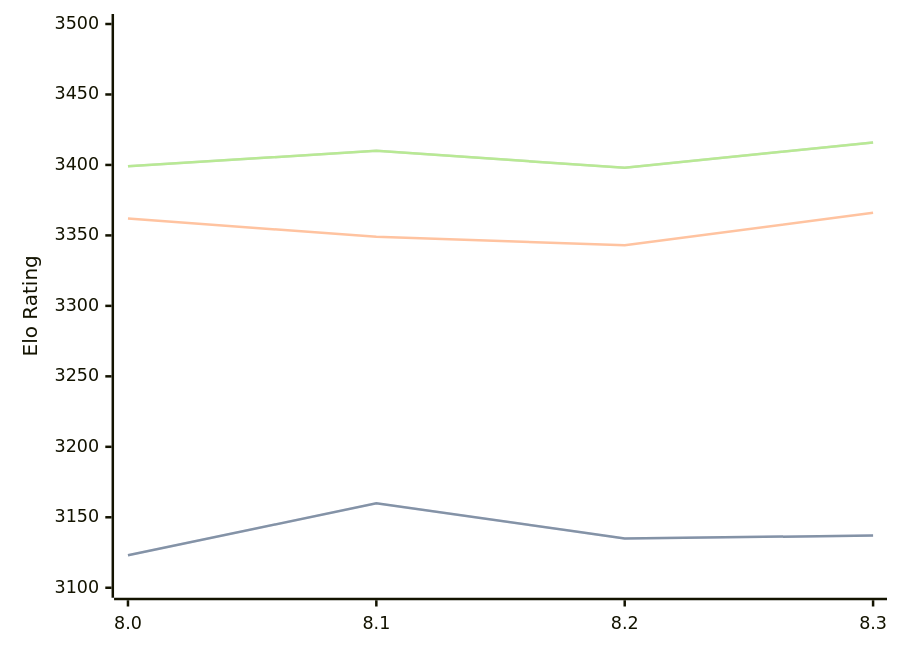
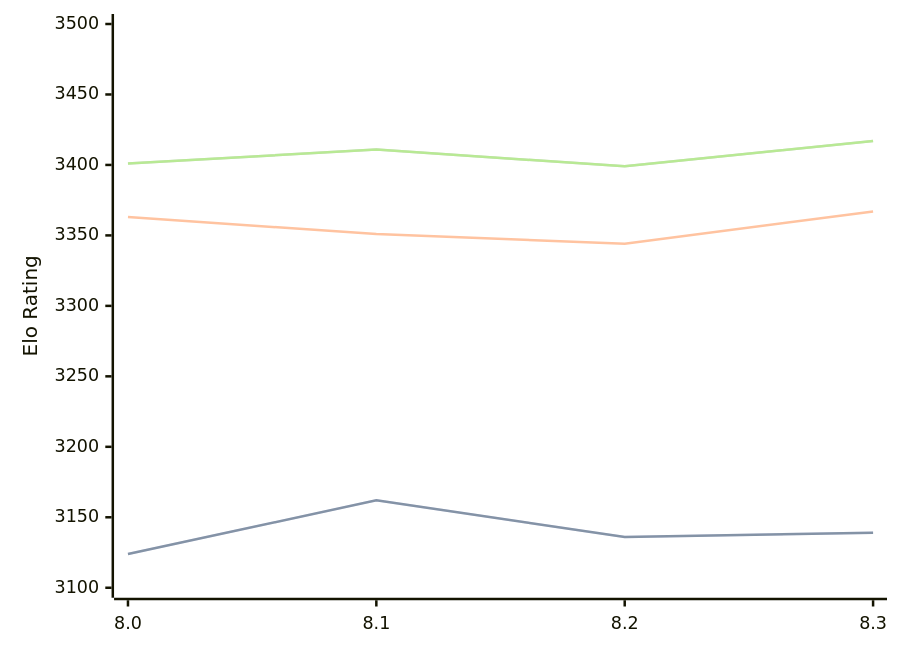
One commit to computer-chess-index/cci changed the diagram in engines/Alexander.md. Above: the diagram before and after it, drawn with Mermaid. The commit also changed other lines of this file, not shown here.

Commit message:
Update CCI Ratings (ELO VLTC) - 2026-06-11

````diff
--- a/engines/Alexander.md
+++ b/engines/Alexander.md
@@ -48,11 +48,11 @@
 ```mermaid
 %%{init: {"theme":"base","themeVariables":{"seriesColors:['#a3a3a3','#222221','#faa371']}}}%%
 xychart-beta
   x-axis ["8.0", "8.1", "8.2", "8.3"]
   y-axis "Elo Rating" 3100 --> 3500
-  line "STC (8.0+0.08s)" [3123, 3160, 3135, 3137]
-  line "STC (8.0+0.08s)" [3123, 3160, 3135, 3137]
-  line "LTC (60.0+0.60s)" [3362, 3349, 3343, 3366]
-  line "VLTC (2m24s+1.12s)" [3399, 3410, 3398, 3416]
-  line "VLTC (2m24s+1.12s)" [3399, 3410, 3398, 3416]
+  line "STC (8.0+0.08s)" [3124, 3162, 3136, 3139]
+  line "STC (8.0+0.08s)" [3124, 3162, 3136, 3139]
+  line "LTC (60.0+0.60s)" [3363, 3351, 3344, 3367]
+  line "VLTC (2m24s+1.12s)" [3401, 3411, 3399, 3417]
+  line "VLTC (2m24s+1.12s)" [3401, 3411, 3399, 3417]
 ```
````
